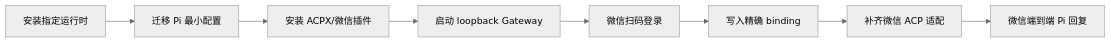
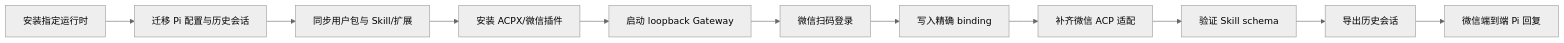
The diagram in docs/workstreams/TENCENT-OPENCLAW-MIGRATION/verification.md (Young1108/pi-tencentyun-openclaw), drawn with Mermaid (neutral theme) before and after one commit. The commit also changed other lines of this file and 4 other files, not shown here.

````diff
--- a/docs/workstreams/TENCENT-OPENCLAW-MIGRATION/verification.md
+++ b/docs/workstreams/TENCENT-OPENCLAW-MIGRATION/verification.md
@@ -6,10 +6,13 @@
 ```mermaid
 flowchart LR
-    N1[安装指定运行时] --> N2[迁移 Pi 最小配置]
-    N2 --> N3[安装 ACPX/微信插件]
+    N1[安装指定运行时] --> N2[迁移 Pi 配置与历史会话]
+    N2 --> N2A[同步用户包与 Skill/扩展]
+    N2A --> N3[安装 ACPX/微信插件]
     N3 --> N4[启动 loopback Gateway]
     N4 --> N5[微信扫码登录]
     N5 --> N6[写入精确 binding]
     N6 --> N7[补齐微信 ACP 适配]
-    N7 --> N8[微信端到端 Pi 回复]
+    N7 --> N8[验证 Skill schema]
+    N8 --> N9[导出历史会话]
+    N9 --> N10[微信端到端 Pi 回复]
 ```
````
